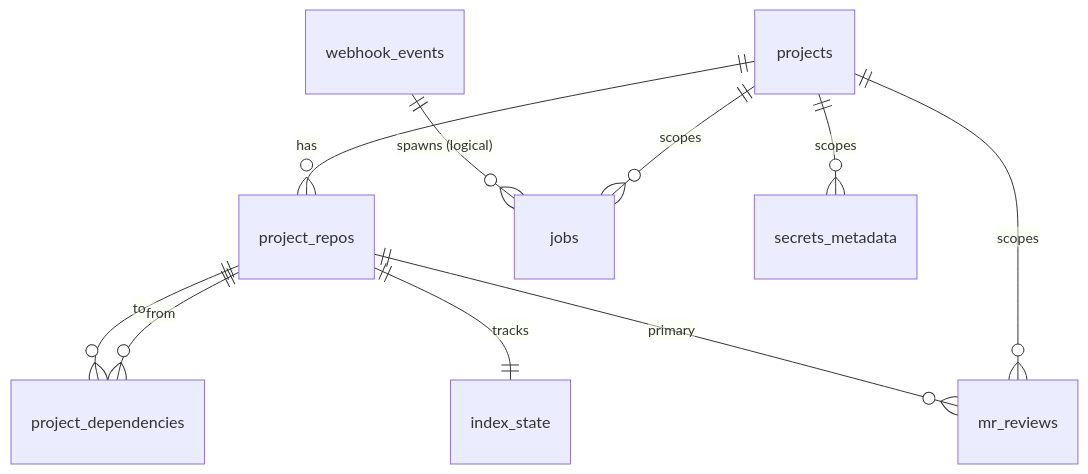
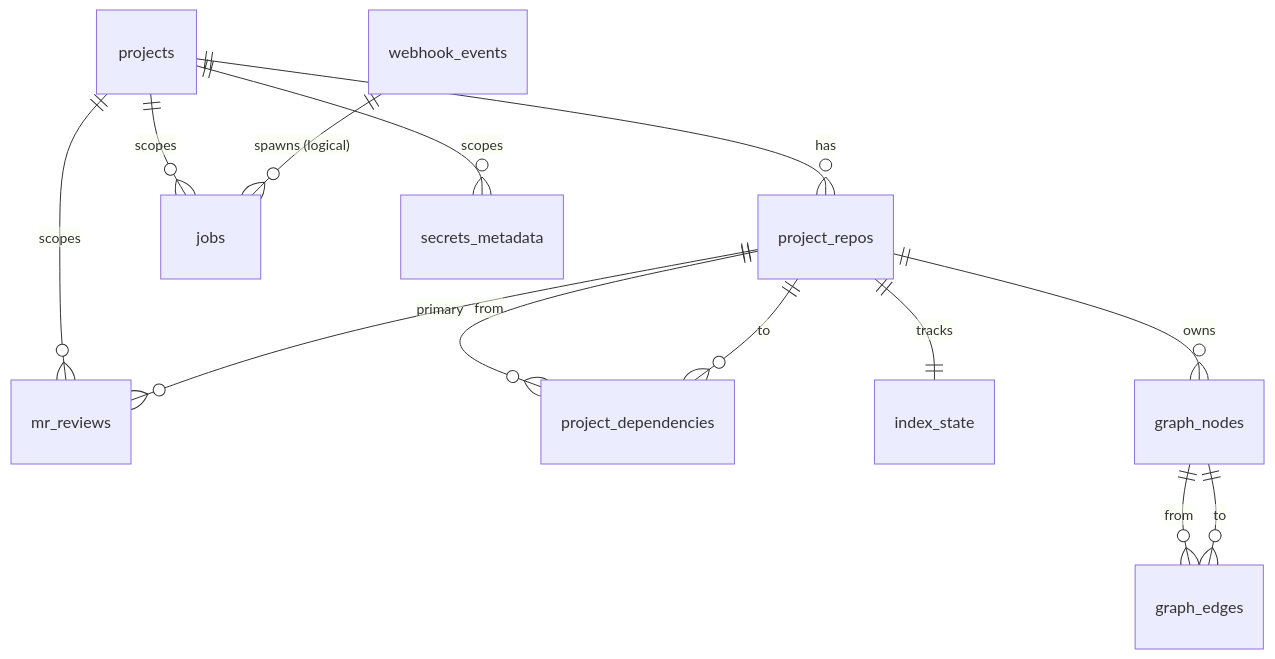
Before and after one commit to robotoss/mr-ai: the diagram in mr-ai-backend/docs/reference/database-schema.md, drawn with Mermaid. The commit also changed other lines of this file and 20 other files, not shown here.

````diff
--- a/mr-ai-backend/docs/reference/database-schema.md
+++ b/mr-ai-backend/docs/reference/database-schema.md
@@ -178,12 +218,15 @@
 ```mermaid
 erDiagram
     projects ||--o{ project_repos : "has"
     projects ||--o{ jobs : "scopes"
     projects ||--o{ mr_reviews : "scopes"
     projects ||--o{ secrets_metadata : "scopes"
     project_repos ||--o{ project_dependencies : "from"
     project_repos ||--o{ project_dependencies : "to"
     project_repos ||--|| index_state : "tracks"
     project_repos ||--o{ mr_reviews : "primary"
+    project_repos ||--o{ graph_nodes : "owns"
+    graph_nodes ||--o{ graph_edges : "from"
+    graph_nodes ||--o{ graph_edges : "to"
     webhook_events ||--o{ jobs : "spawns (logical)"
 ```
````
